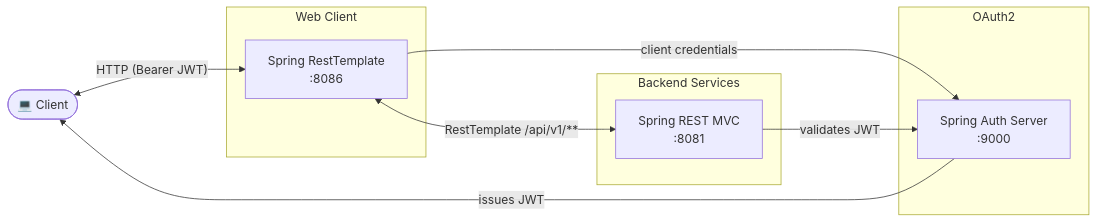
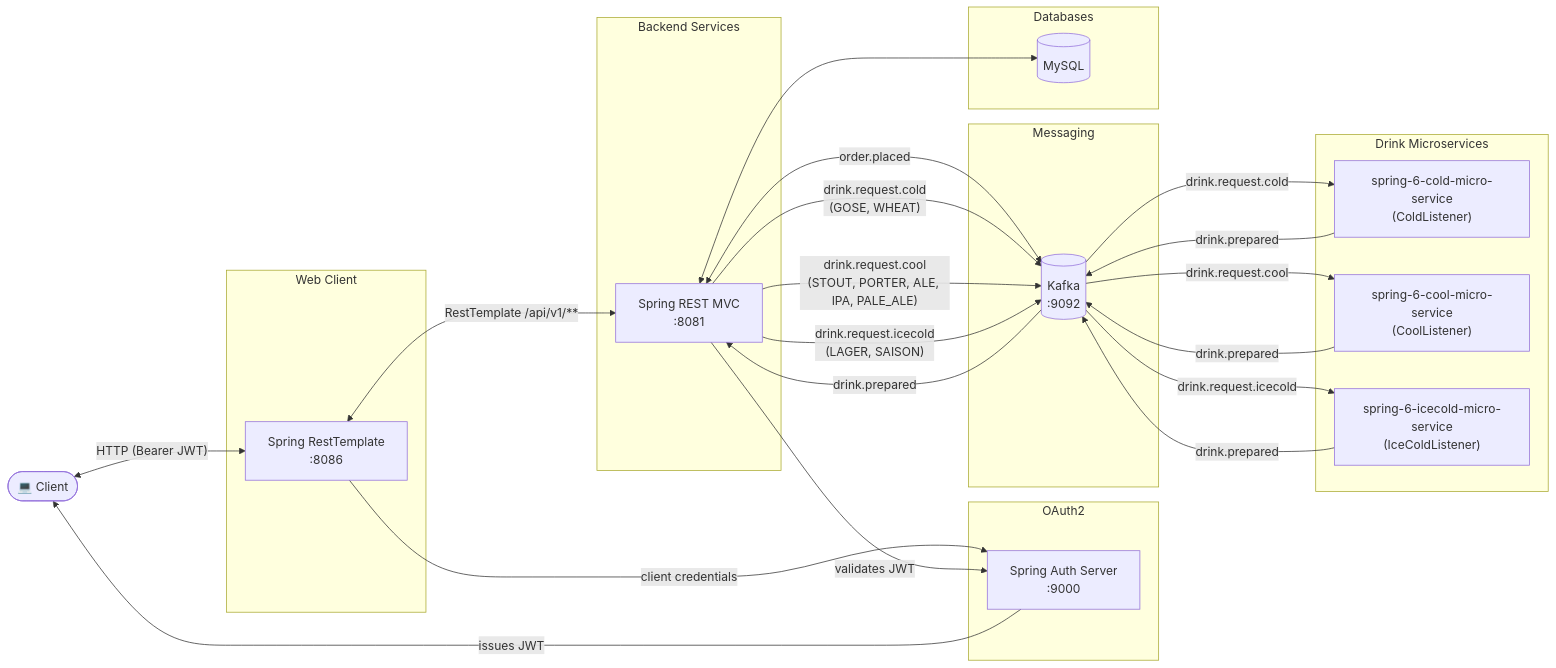
Before and after one commit to dboeckli/spring-6-resttemplate: the first of 2 diagrams in README.md, drawn with Mermaid. The commit also changed other lines of this file and 12 other files, not shown here.

First line of the commit message:
Feature/rest mvc dockerhub charts (#179)

````diff
--- a/README.md
+++ b/README.md
@@ -34,22 +34,48 @@
 ```mermaid
 graph LR
     Client(["💻 Client"])
 
     subgraph Auth ["OAuth2"]
         AuthServer["Spring Auth Server\n:9000"]
     end
 
     subgraph WebApp ["Web Client"]
         App["Spring RestTemplate\n:8086"]
     end
 
     subgraph Backends ["Backend Services"]
         RestMvc["Spring REST MVC\n:8081"]
     end
 
+    subgraph Messaging ["Messaging"]
+        Kafka[("Kafka\n:9092")]
+    end
+
+    subgraph Drinks ["Drink Microservices"]
+        Cold["spring-6-cold-micro-service\n(ColdListener)"]
+        Cool["spring-6-cool-micro-service\n(CoolListener)"]
+        IceCold["spring-6-icecold-micro-service\n(IceColdListener)"]
+    end
+
+    subgraph Databases ["Databases"]
+        MySQL[("MySQL")]
+    end
+
     AuthServer -->|"issues JWT"| Client
     Client <-->|"HTTP (Bearer JWT)"| App
     App -->|"client credentials"| AuthServer
     App <-->|"RestTemplate /api/v1/**"| RestMvc
     RestMvc -->|"validates JWT"| AuthServer
+    RestMvc <--> MySQL
+    RestMvc <-->|"order.placed"| Kafka
+    RestMvc -->|"drink.request.cold\n(GOSE, WHEAT)"| Kafka
+    RestMvc -->|"drink.request.cool\n(STOUT, PORTER, ALE, IPA, PALE_ALE)"| Kafka
+    RestMvc -->|"drink.request.icecold\n(LAGER, SAISON)"| Kafka
+    Kafka -->|"drink.request.cold"| Cold
+    Kafka -->|"drink.request.cool"| Cool
+    Kafka -->|"drink.request.icecold"| IceCold
+    Cold -->|"drink.prepared"| Kafka
+    Cool -->|"drink.prepared"| Kafka
+    IceCold -->|"drink.prepared"| Kafka
+    Kafka -->|"drink.prepared"| RestMvc
 ```
````
